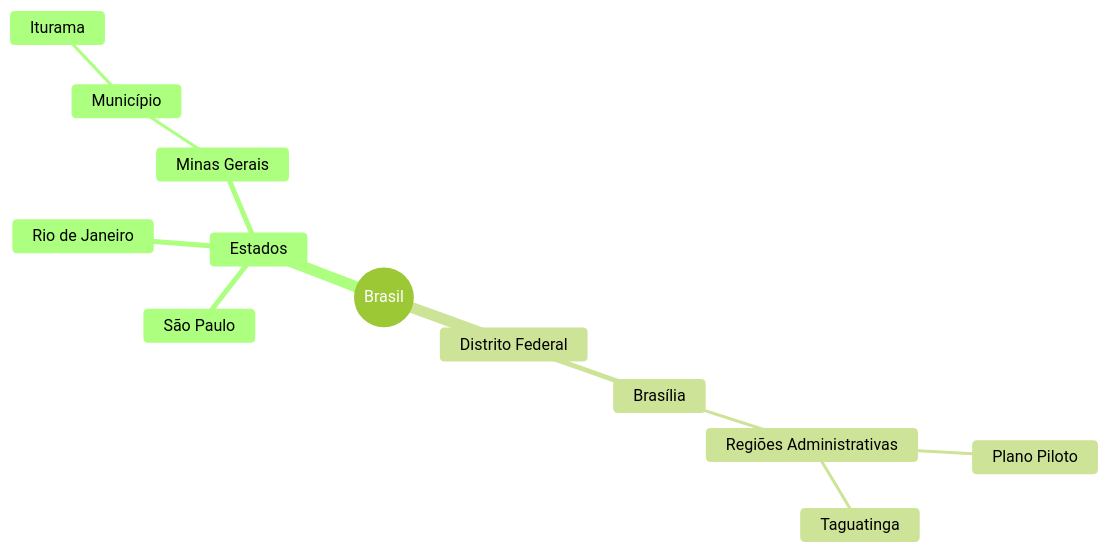
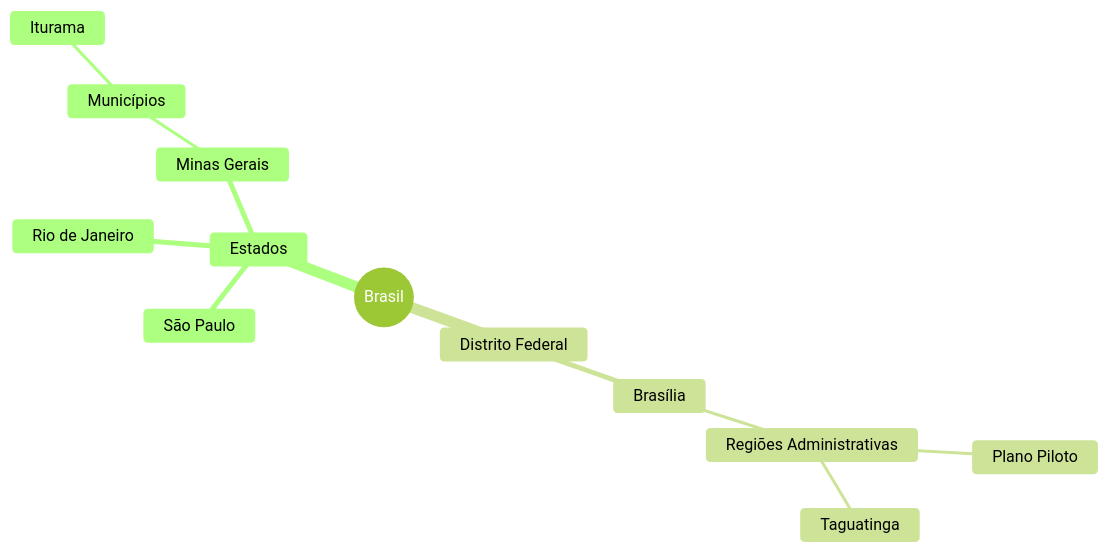
Before and after one commit to Felipebros/brasil-estados-cidades-distritos: the diagram in README.md, drawn with Mermaid (forest theme).

````diff
--- a/README.md
+++ b/README.md
@@ -3,15 +3,15 @@
 ```mermaid
 mindmap
   root((Brasil))
     Estados
       São Paulo
       Rio de Janeiro
       Minas Gerais
-        Município
+        Municípios
           Iturama
     Distrito Federal
       Brasília
         Regiões Administrativas
           Plano Piloto
           Taguatinga
 ```
````
